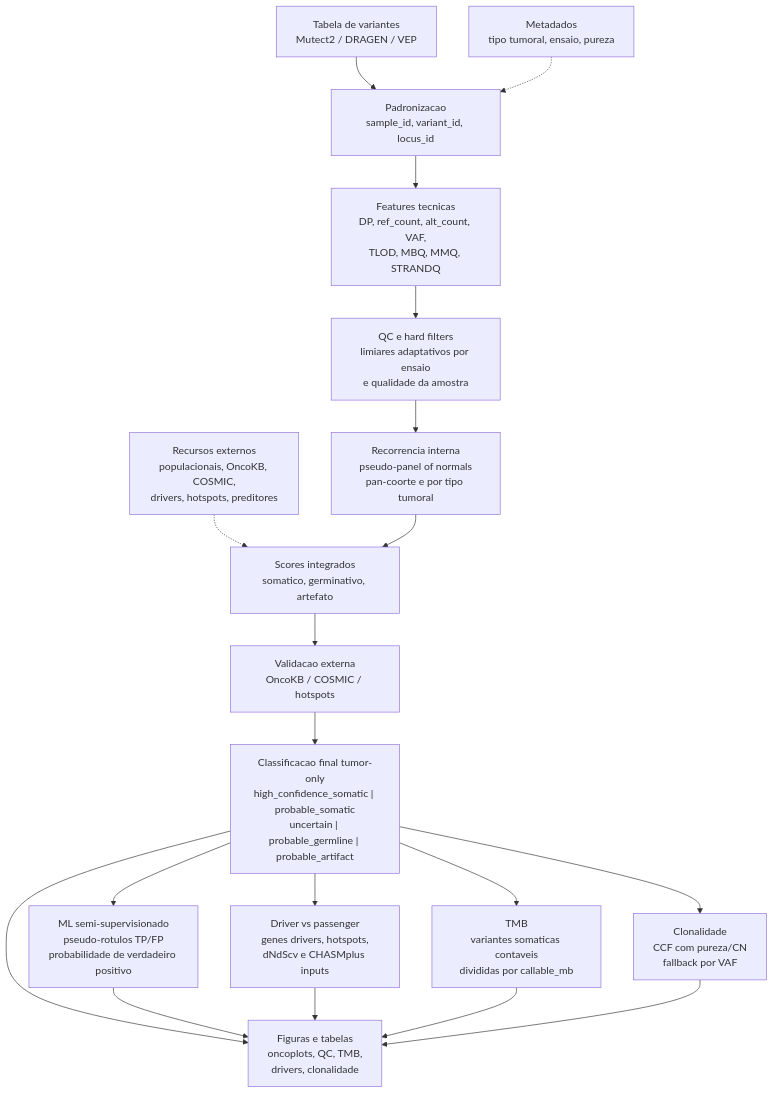
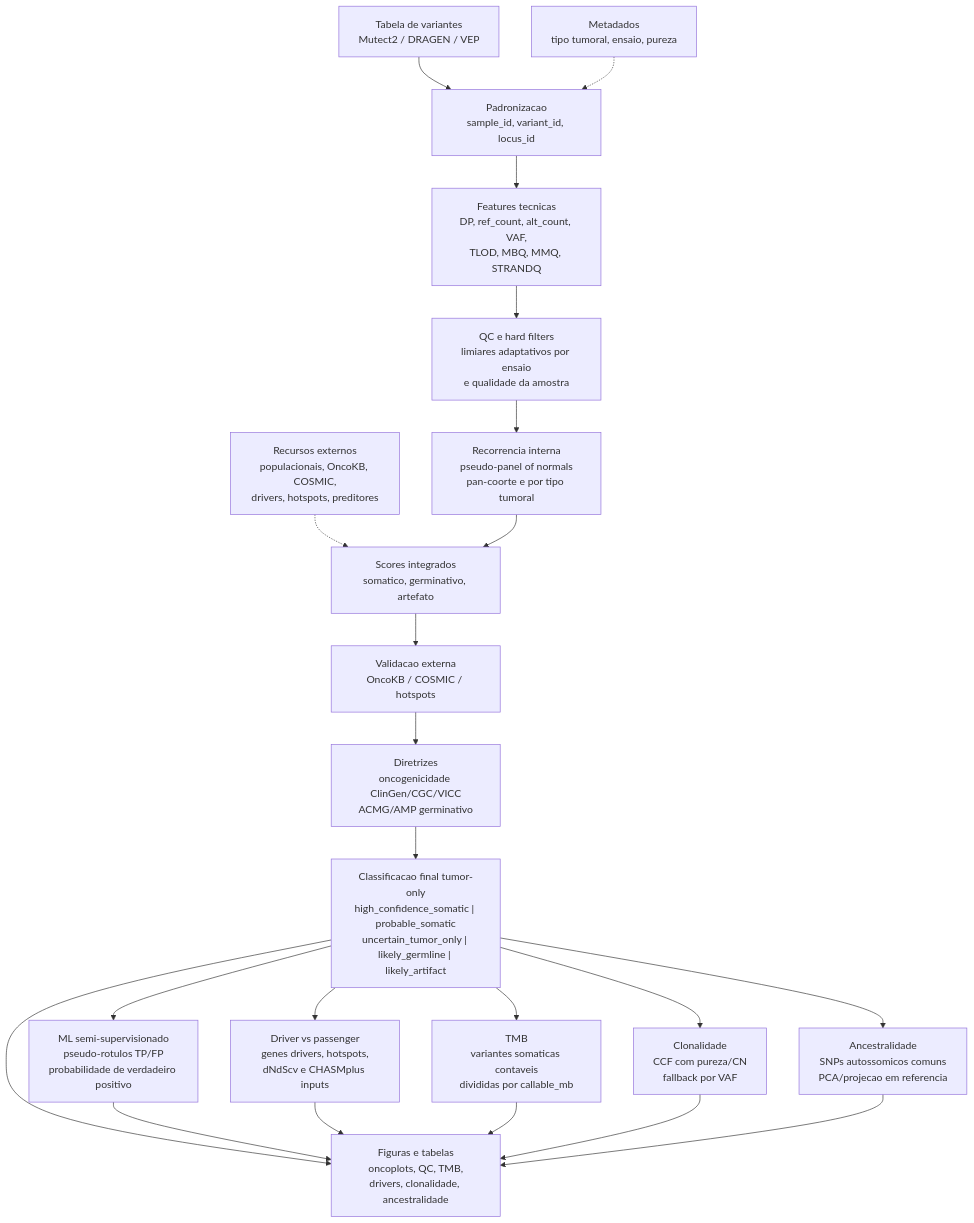
The diagram in figures/pipeline_fluxograma.mmd (marianaboroni/Variants_analysis), drawn with Mermaid before and after one commit. The commit also changed 80 other files, not shown here.

```diff
--- a/figures/pipeline_fluxograma.mmd
+++ b/figures/pipeline_fluxograma.mmd
@@ -1,22 +1,25 @@
 flowchart TD
   A["Tabela de variantes<br/>Mutect2 / DRAGEN / VEP"] --> B["Padronizacao<br/>sample_id, variant_id, locus_id"]
   M["Metadados<br/>tipo tumoral, ensaio, pureza"] -.-> B
   R["Recursos externos<br/>populacionais, OncoKB, COSMIC,<br/>drivers, hotspots, preditores"] -.-> F
 
   B --> C["Features tecnicas<br/>DP, ref_count, alt_count, VAF,<br/>TLOD, MBQ, MMQ, STRANDQ"]
   C --> D["QC e hard filters<br/>limiares adaptativos por ensaio<br/>e qualidade da amostra"]
   D --> E["Recorrencia interna<br/>pseudo-panel of normals<br/>pan-coorte e por tipo tumoral"]
   E --> F["Scores integrados<br/>somatico, germinativo, artefato"]
   F --> G["Validacao externa<br/>OncoKB / COSMIC / hotspots"]
-  G --> H["Classificacao final tumor-only<br/>high_confidence_somatic | probable_somatic<br/>uncertain | probable_germline | probable_artifact"]
+  G --> P["Diretrizes<br/>oncogenicidade ClinGen/CGC/VICC<br/>ACMG/AMP germinativo"]
+  P --> H["Classificacao final tumor-only<br/>high_confidence_somatic | probable_somatic<br/>uncertain_tumor_only | likely_germline | likely_artifact"]
 
   H --> I["ML semi-supervisionado<br/>pseudo-rotulos TP/FP<br/>probabilidade de verdadeiro positivo"]
   H --> J["Driver vs passenger<br/>genes drivers, hotspots,<br/>dNdScv e CHASMplus inputs"]
   H --> K["TMB<br/>variantes somaticas contaveis<br/>divididas por callable_mb"]
   H --> L["Clonalidade<br/>CCF com pureza/CN<br/>fallback por VAF"]
-  H --> N["Figuras e tabelas<br/>oncoplots, QC, TMB,<br/>drivers, clonalidade"]
+  H --> O["Ancestralidade<br/>SNPs autossomicos comuns<br/>PCA/projecao em referencia"]
+  H --> N["Figuras e tabelas<br/>oncoplots, QC, TMB,<br/>drivers, clonalidade, ancestralidade"]
 
   I --> N
   J --> N
   K --> N
   L --> N
+  O --> N
```
